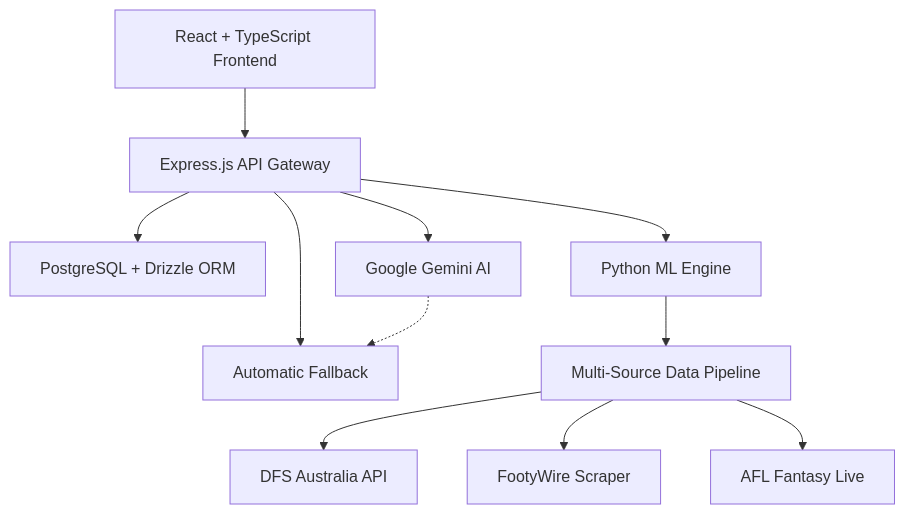
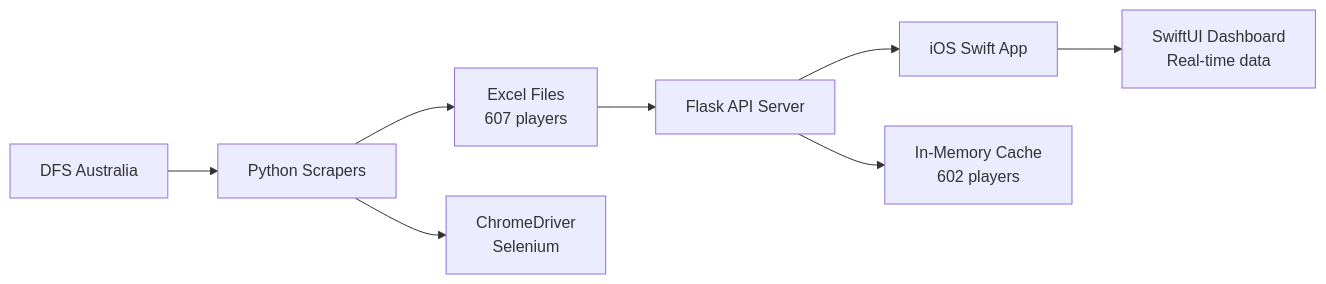
Before and after one commit to tiation/afl_fantasy_ios: the diagram in README.md, drawn with Mermaid. The commit also changed other lines of this file and 10 other files, not shown here.

````diff
--- a/README.md
+++ b/README.md
@@ -47,13 +33,11 @@
 ```mermaid
-graph TB
-    A[React + TypeScript Frontend] --> B[Express.js API Gateway]
-    B --> C[PostgreSQL + Drizzle ORM]
-    B --> D[Python ML Engine]
-    B --> I[Google Gemini AI]
-    B --> J[OpenAI Fallback]
-    D --> E[Multi-Source Data Pipeline]
-    E --> F[DFS Australia API]
-    E --> G[FootyWire Scraper]
-    E --> H[AFL Fantasy Live]
-    I -.-> J[Automatic Fallback]
+graph LR
+    A[DFS Australia] --> B[Python Scrapers]
+    B --> C[Excel Files<br/>607 players]
+    C --> D[Flask API Server]
+    D --> E[iOS Swift App]
+    
+    B --> F[ChromeDriver<br/>Selenium]
+    D --> G[In-Memory Cache<br/>602 players]
+    E --> H[SwiftUI Dashboard<br/>Real-time data]
 ```
````
